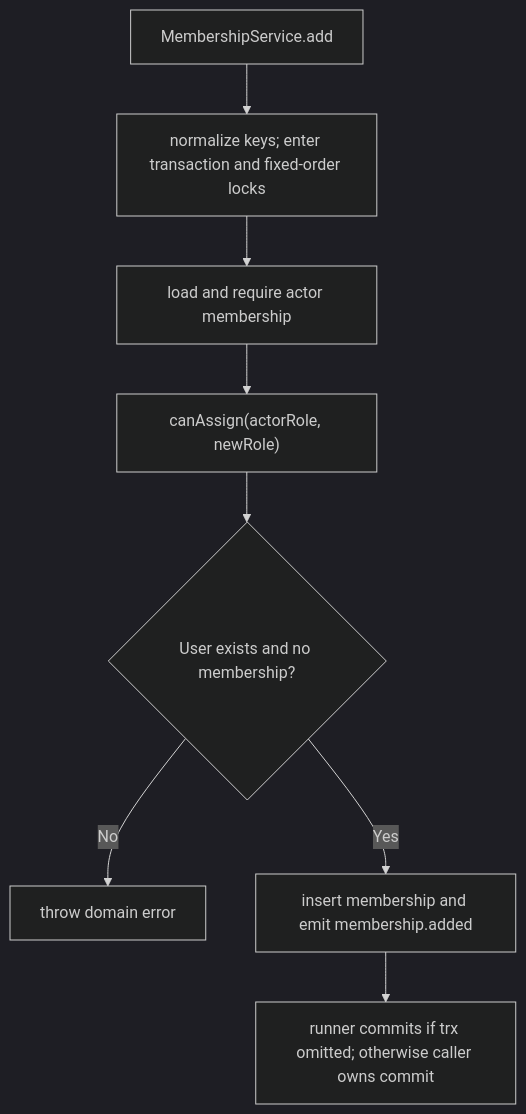
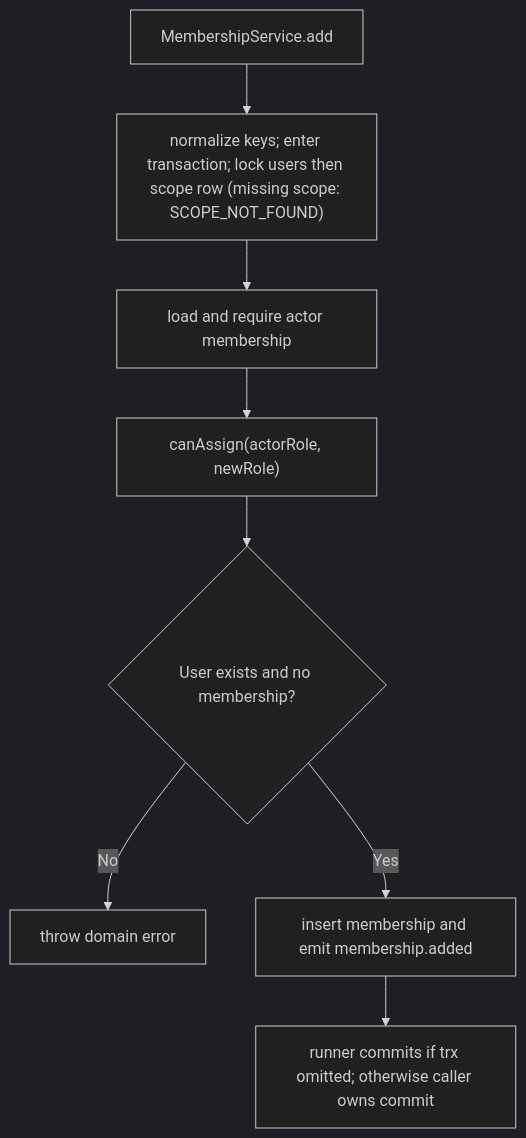
One commit to Kevinjohn/oss-adonisjs-access-control changed the second of 2 diagrams in user-stories/US-ACCESS-03-add-member.md. Above: the diagram before and after it, drawn with Mermaid (dark theme). The commit also changed other lines of this file and 19 other files, not shown here.

````diff
--- a/user-stories/US-ACCESS-03-add-member.md
+++ b/user-stories/US-ACCESS-03-add-member.md
@@ -33,10 +33,10 @@
 ```mermaid
 flowchart TD
-    A["MembershipService.add"] --> B["normalize keys; enter transaction and fixed-order locks"]
+    A["MembershipService.add"] --> B["normalize keys; enter transaction; lock users then scope row (missing scope: SCOPE_NOT_FOUND)"]
     B --> C["load and require actor membership"]
     C --> D["canAssign(actorRole, newRole)"]
     D --> E{"User exists and no membership?"}
     E -->|No| F["throw domain error"]
     E -->|Yes| G["insert membership and emit membership.added"]
     G --> H["runner commits if trx omitted; otherwise caller owns commit"]
 ```
````
